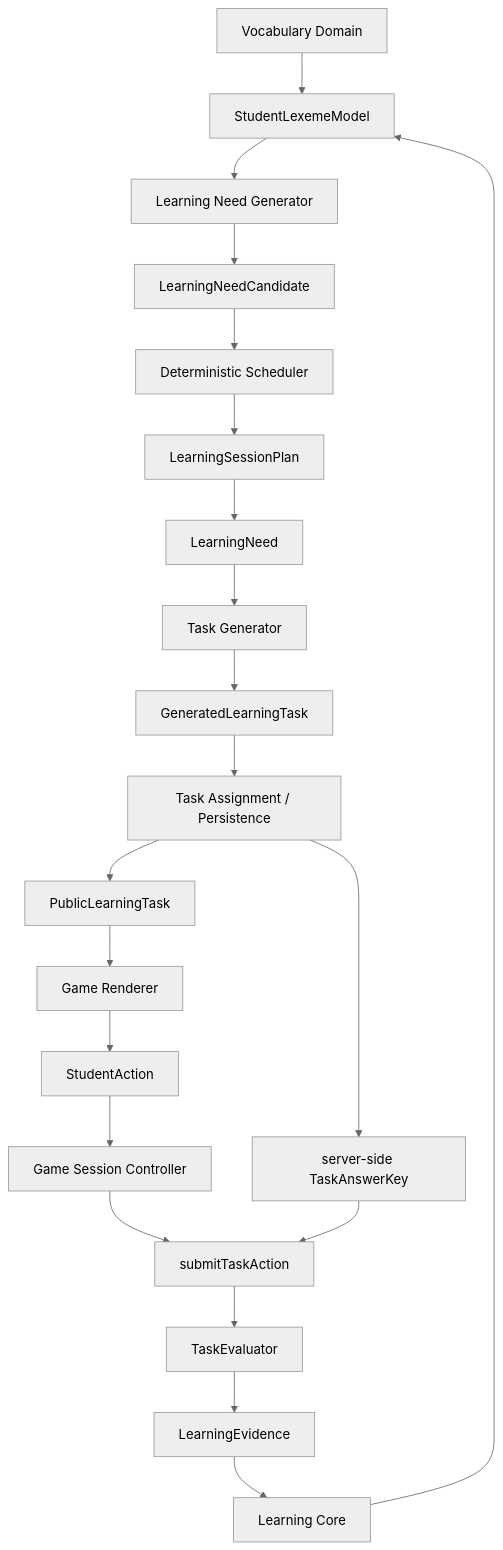
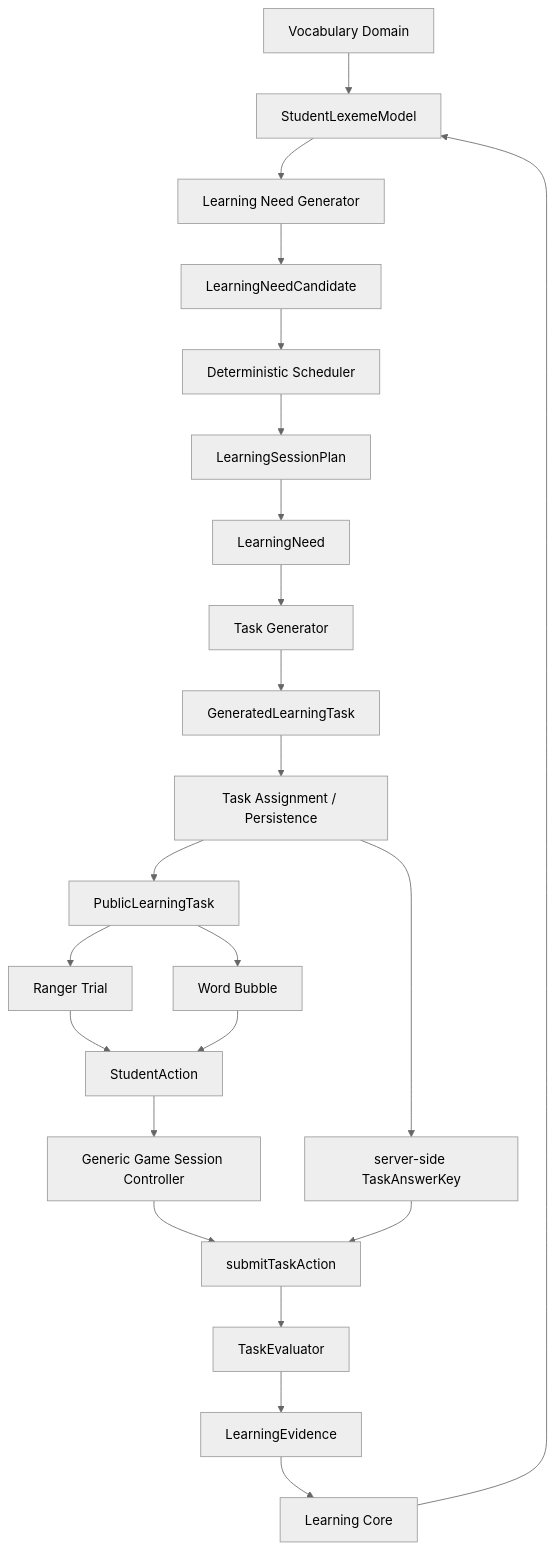
One commit to chipmuck228/wordranger changed the diagram in docs/ARCHITECTURE.md. Above: the diagram before and after it, drawn with Mermaid (neutral theme). The commit also changed other lines of this file and 61 other files, not shown here.

Commit message:
Add Word Bubble as the second renderer on shared game-session orchestration.

````diff
--- a/docs/ARCHITECTURE.md
+++ b/docs/ARCHITECTURE.md
@@ -7,43 +7,46 @@
 ```mermaid
 flowchart TD
   vocab[Vocabulary Domain]
   model[StudentLexemeModel]
   generator[Learning Need Generator]
   candidates[LearningNeedCandidate]
   scheduler[Deterministic Scheduler]
   plan[LearningSessionPlan]
   need[LearningNeed]
   gen[Task Generator]
   generated[GeneratedLearningTask]
   assignment[Task Assignment / Persistence]
   publicTask[PublicLearningTask]
-  renderer[Game Renderer]
+  ranger[Ranger Trial]
+  bubble[Word Bubble]
   action[StudentAction]
-  sessionCtl[Game Session Controller]
+  sessionCtl[Generic Game Session Controller]
   submit[submitTaskAction]
   answerKey[server-side TaskAnswerKey]
   evaluator[TaskEvaluator]
   evidence[LearningEvidence]
   core[Learning Core]
 
   vocab --> model
   model --> generator
   generator --> candidates
   candidates --> scheduler
   scheduler --> plan
   plan --> need
   need --> gen
   gen --> generated
   generated --> assignment
   assignment --> publicTask
-  publicTask --> renderer
-  renderer --> action
+  publicTask --> ranger
+  publicTask --> bubble
+  ranger --> action
+  bubble --> action
   action --> sessionCtl
   sessionCtl --> submit
   assignment --> answerKey
   answerKey --> submit
   submit --> evaluator
   evaluator --> evidence
   evidence --> core
   core --> model
 ```
````
